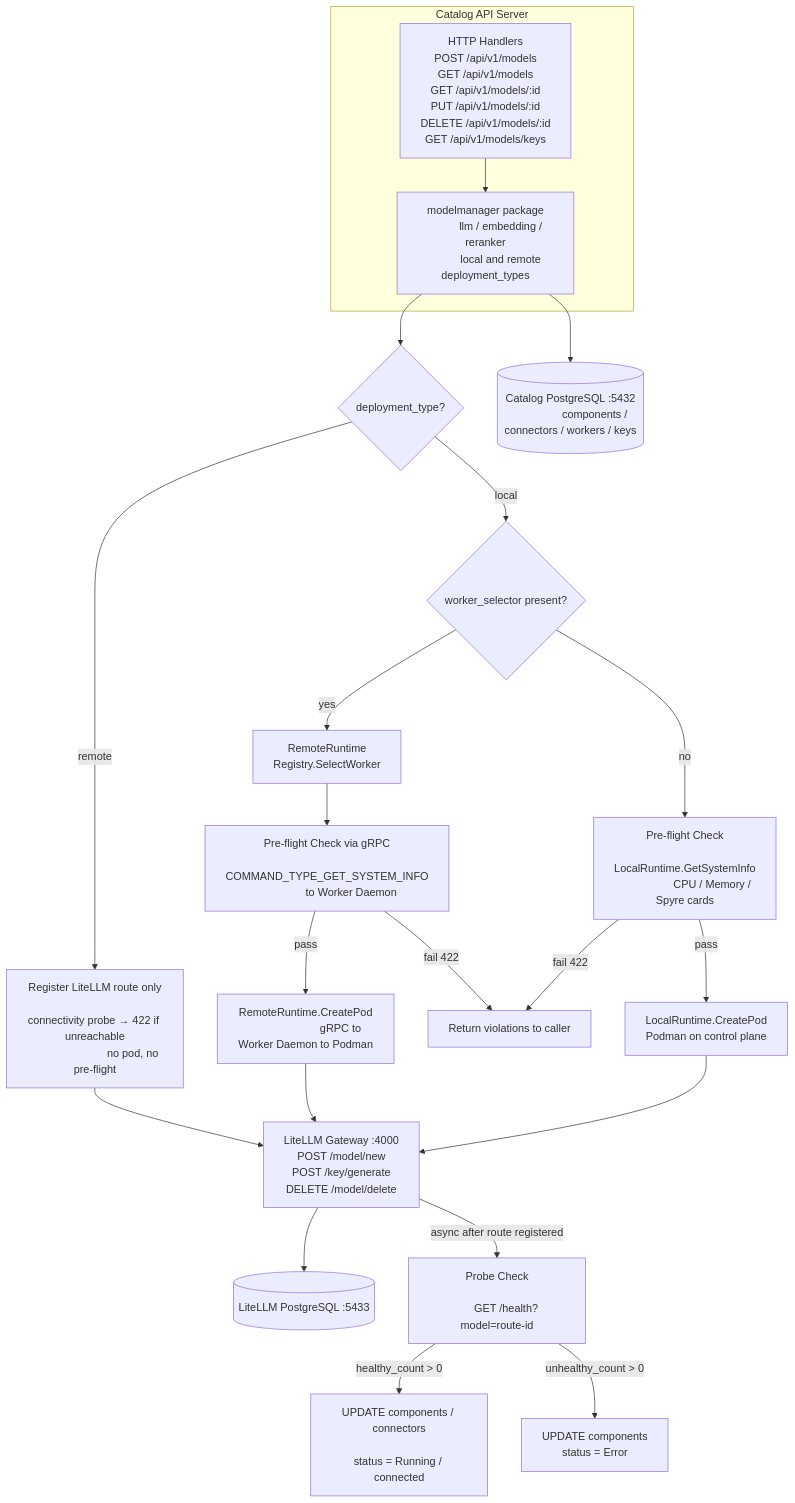
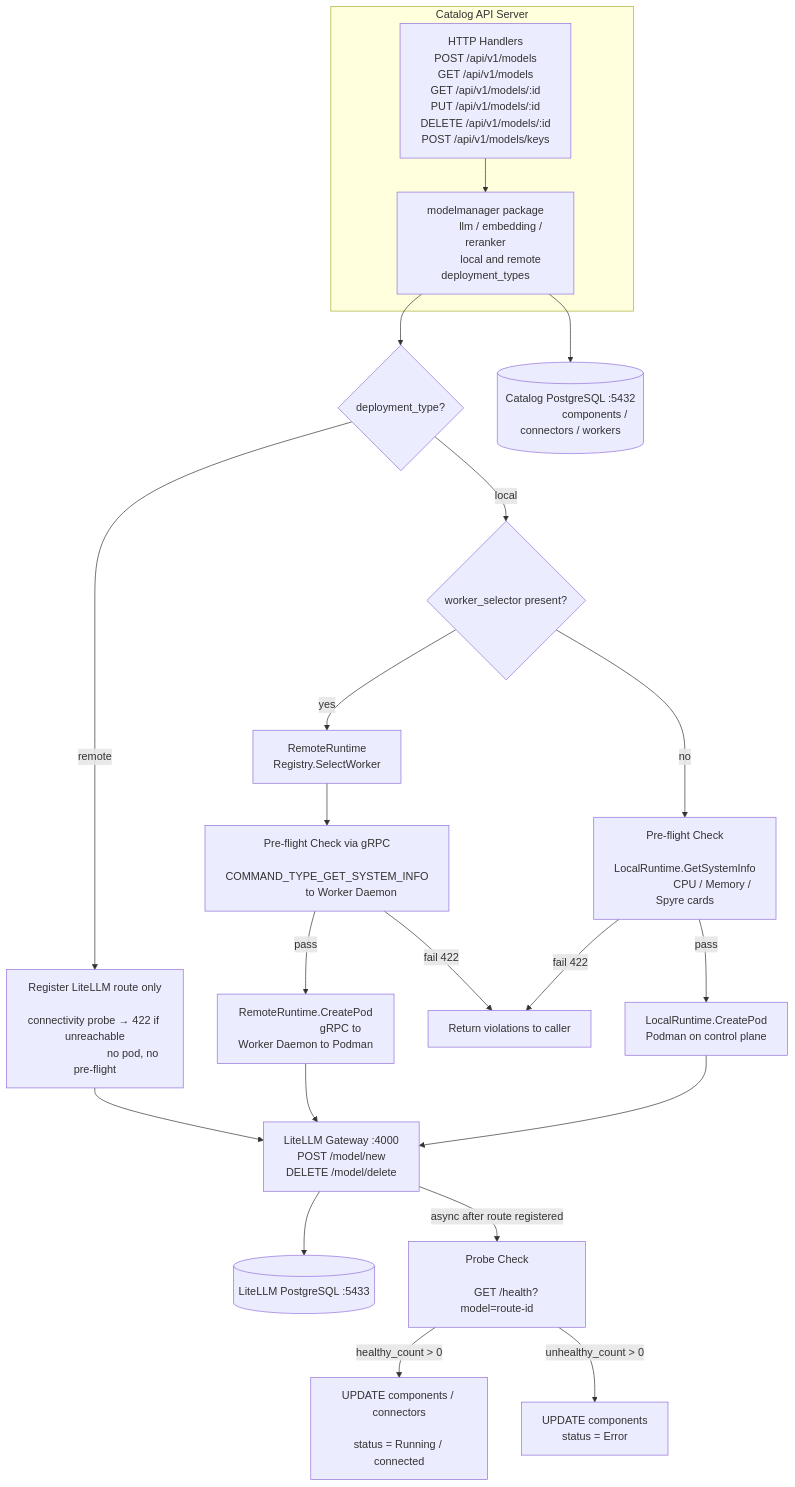
One commit to IBM/project-ai-services changed the second of 3 diagrams in docs/proposals/model-management/model-management-architecture.md. Above: the diagram before and after it, drawn with Mermaid. The commit also changed other lines of this file and 1 other file, not shown here.

Commit message:
Keys removal + Reusability

````diff
--- a/docs/proposals/model-management/model-management-architecture.md
+++ b/docs/proposals/model-management/model-management-architecture.md
@@ -118,65 +121,64 @@
 ```mermaid
 flowchart TD
     subgraph CatalogAPI["Catalog API Server"]
         A["HTTP Handlers
            POST /api/v1/models
            GET  /api/v1/models
            GET  /api/v1/models/:id
            PUT  /api/v1/models/:id
            DELETE /api/v1/models/:id
-           GET  /api/v1/models/keys"]
+           POST /api/v1/models/keys"]
 
         B["modelmanager package
            llm / embedding / reranker
            local and remote deployment_types"]
 
         A --> B
     end
 
     B --> SRC{"deployment_type?"}
 
     SRC -->|local| WS{"worker_selector present?"}
 
     WS -->|no| PF["Pre-flight Check
                    LocalRuntime.GetSystemInfo
                    CPU / Memory / Spyre cards"]
 
     WS -->|yes| RR["RemoteRuntime
                     Registry.SelectWorker"]
     RR --> RPF["Pre-flight Check via gRPC
                 COMMAND_TYPE_GET_SYSTEM_INFO
                 to Worker Daemon"]
 
     PF  -->|pass| LPOD["LocalRuntime.CreatePod
                         Podman on control plane"]
     RPF -->|pass| RPOD["RemoteRuntime.CreatePod
                         gRPC to Worker Daemon to Podman"]
 
     PF  -->|"fail 422"| VIOL["Return violations to caller"]
     RPF -->|"fail 422"| VIOL
 
     SRC -->|remote| CONN["Register LiteLLM route only
                           connectivity probe → 422 if unreachable
                           no pod, no pre-flight"]
 
     LPOD --> LR
     RPOD --> LR
     CONN --> LR
 
     LR["LiteLLM Gateway :4000
         POST /model/new
-        POST /key/generate
         DELETE /model/delete"]
 
     LR --> LLMDB2[("LiteLLM PostgreSQL :5433")]
 
     LR -->|"async after route registered"| PROBE["Probe Check
                                                   GET /health?model=route-id"]
     PROBE -->|"healthy_count > 0"| OK["UPDATE components / connectors
                                        status = Running / connected"]
     PROBE -->|"unhealthy_count > 0"| ERR["UPDATE components
                                           status = Error"]
 
     B --> CATDB[("Catalog PostgreSQL :5432
-                 components / connectors / workers / keys")]
+                 components / connectors / workers")]
 ```
````
